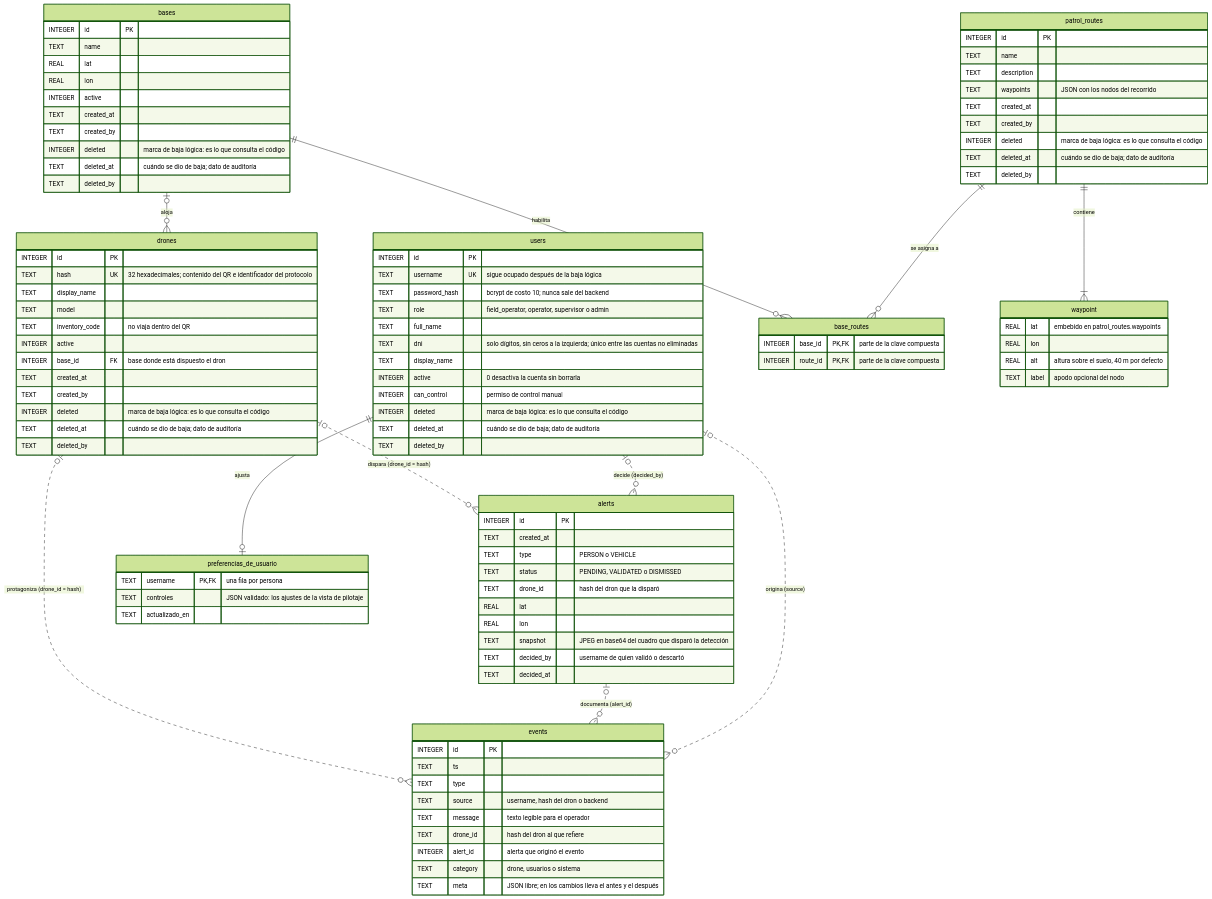
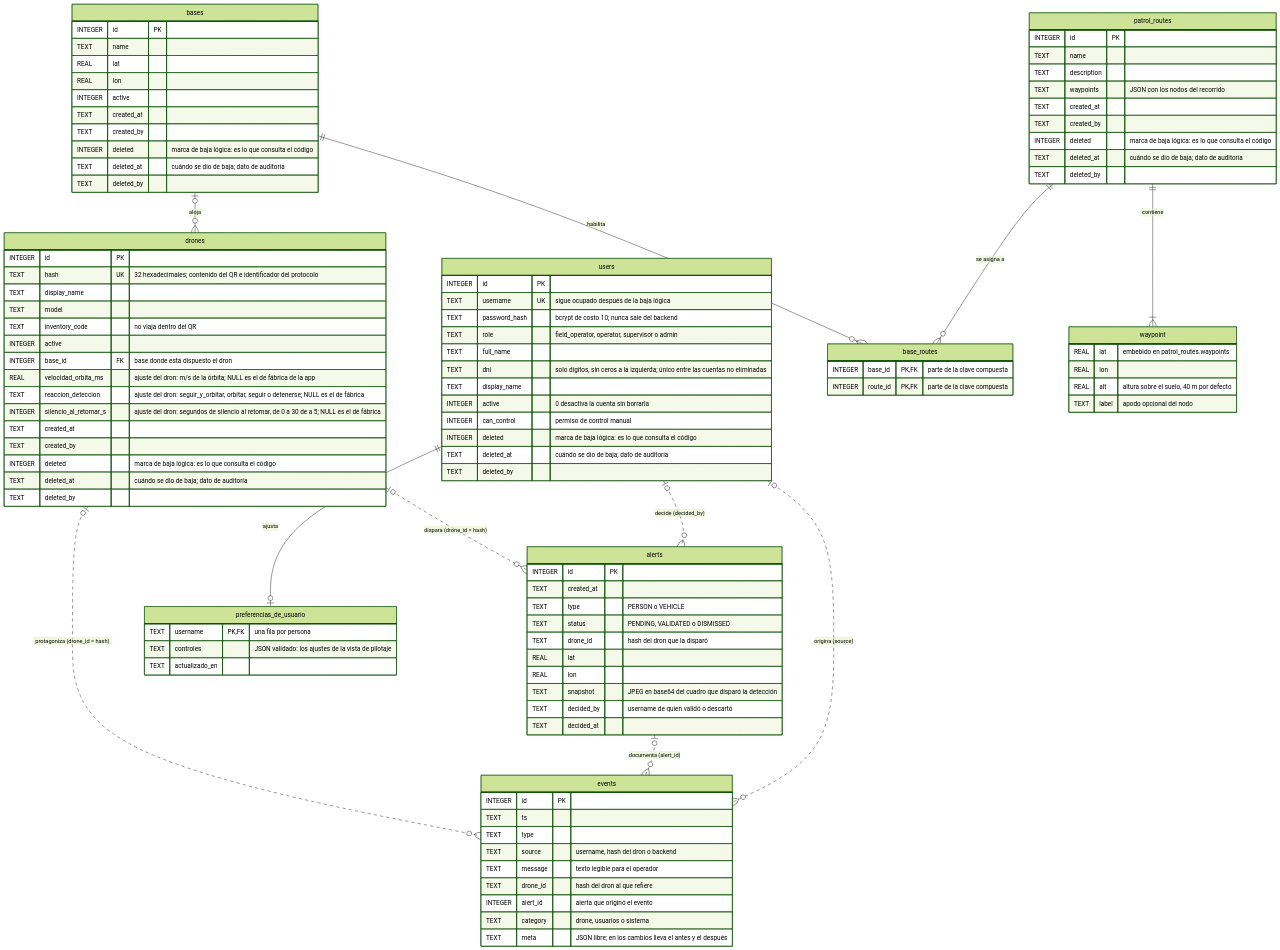
Before and after one commit to NikolasBerntsen/Tesis: the first of 3 diagrams in docs/MODELO-DE-DATOS.md, drawn with Mermaid (forest theme). The commit also changed other lines of this file and 13 other files, not shown here.

First line of the commit message:
Comando Central: ajustes del dron y órdenes de llegada sin el lock

```diff
--- a/docs/MODELO-DE-DATOS.md
+++ b/docs/MODELO-DE-DATOS.md
@@ -49,6 +49,9 @@
         TEXT inventory_code "no viaja dentro del QR"
         INTEGER active
         INTEGER base_id FK "base donde está dispuesto el dron"
+        REAL velocidad_orbita_ms "ajuste del dron: m/s de la órbita; NULL es el de fábrica de la app"
+        TEXT reaccion_deteccion "ajuste del dron: seguir_y_orbitar, orbitar, seguir o detenerse; NULL es el de fábrica"
+        INTEGER silencio_al_retomar_s "ajuste del dron: segundos de silencio al retomar, de 0 a 30 de a 5; NULL es el de fábrica"
         TEXT created_at
         TEXT created_by
         INTEGER deleted "marca de baja lógica: es lo que consulta el código"
```
